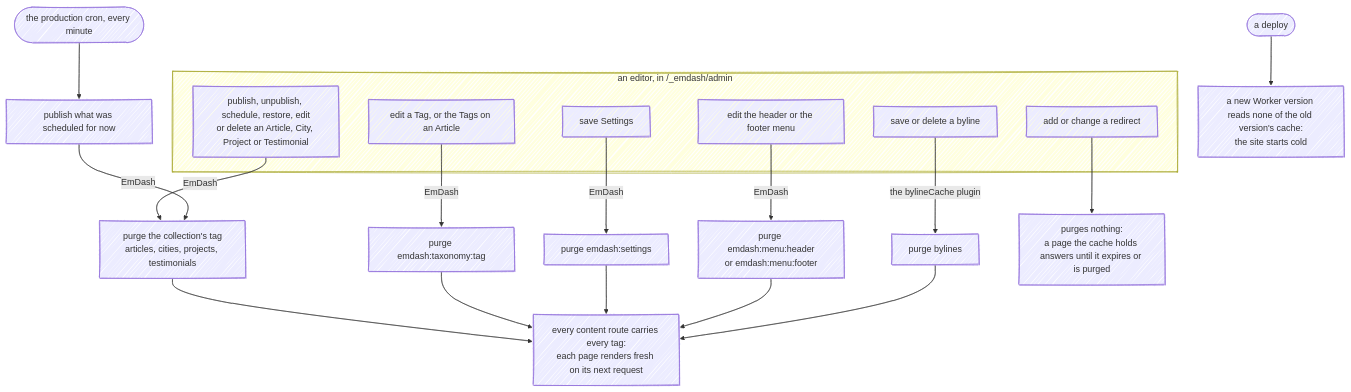
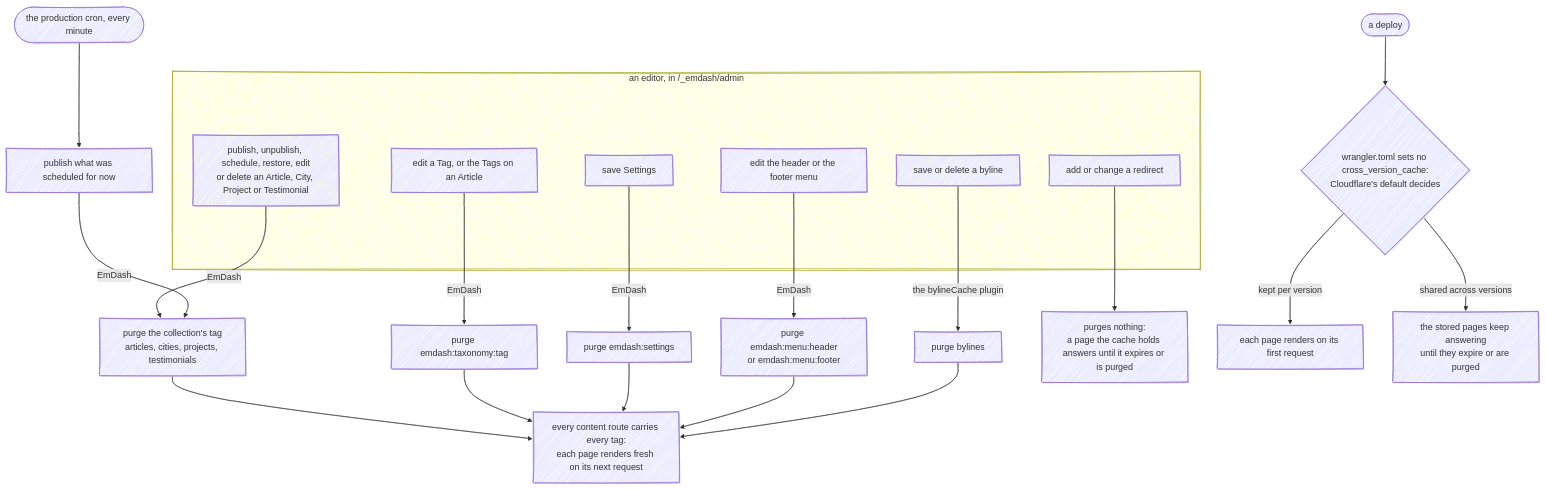
Before and after one commit to fbuireu/biancafiore: the diagram in docs/wiki/Publishing.md, drawn with Mermaid. The commit also changed other lines of this file and 4 other files, not shown here.

````diff
--- a/docs/wiki/Publishing.md
+++ b/docs/wiki/Publishing.md
@@ -14,30 +14,32 @@
 ```mermaid
 ---
 config:
   look: handDrawn
   layout: dagre
 ---
 flowchart TB
     subgraph admin["an editor, in /_emdash/admin"]
         entry["publish, unpublish, schedule, restore, edit<br/>or delete an Article, City, Project or Testimonial"]
         term["edit a Tag, or the Tags on an Article"]
         settings["save Settings"]
         menu["edit the header or the footer menu"]
         byline["save or delete a byline"]
         redirect["add or change a redirect"]
     end
     cron(["the production cron, every minute"]) --> scheduled["publish what was scheduled for now"]
     entry -- "EmDash" --> collectionTag["purge the collection's tag<br/>articles, cities, projects, testimonials"]
     scheduled -- "EmDash" --> collectionTag
     term -- "EmDash" --> taxonomyTag["purge emdash:taxonomy:tag"]
     settings -- "EmDash" --> settingsTag["purge emdash:settings"]
     menu -- "EmDash" --> menuTag["purge emdash:menu:header<br/>or emdash:menu:footer"]
     byline -- "the bylineCache plugin" --> bylinesTag["purge bylines"]
     collectionTag --> fresh["every content route carries every tag:<br/>each page renders fresh on its next request"]
     taxonomyTag --> fresh
     settingsTag --> fresh
     menuTag --> fresh
     bylinesTag --> fresh
     redirect --> nothing["purges nothing:<br/>a page the cache holds answers until it expires or is purged"]
-    deploy(["a deploy"]) --> cold["a new Worker version reads none of the old version's cache:<br/>the site starts cold"]
+    deploy(["a deploy"]) --> versions{"wrangler.toml sets no cross_version_cache:<br/>Cloudflare's default decides"}
+    versions -- "kept per version" --> cold["each page renders on its first request"]
+    versions -- "shared across versions" --> kept["the stored pages keep answering<br/>until they expire or are purged"]
 ```
````
